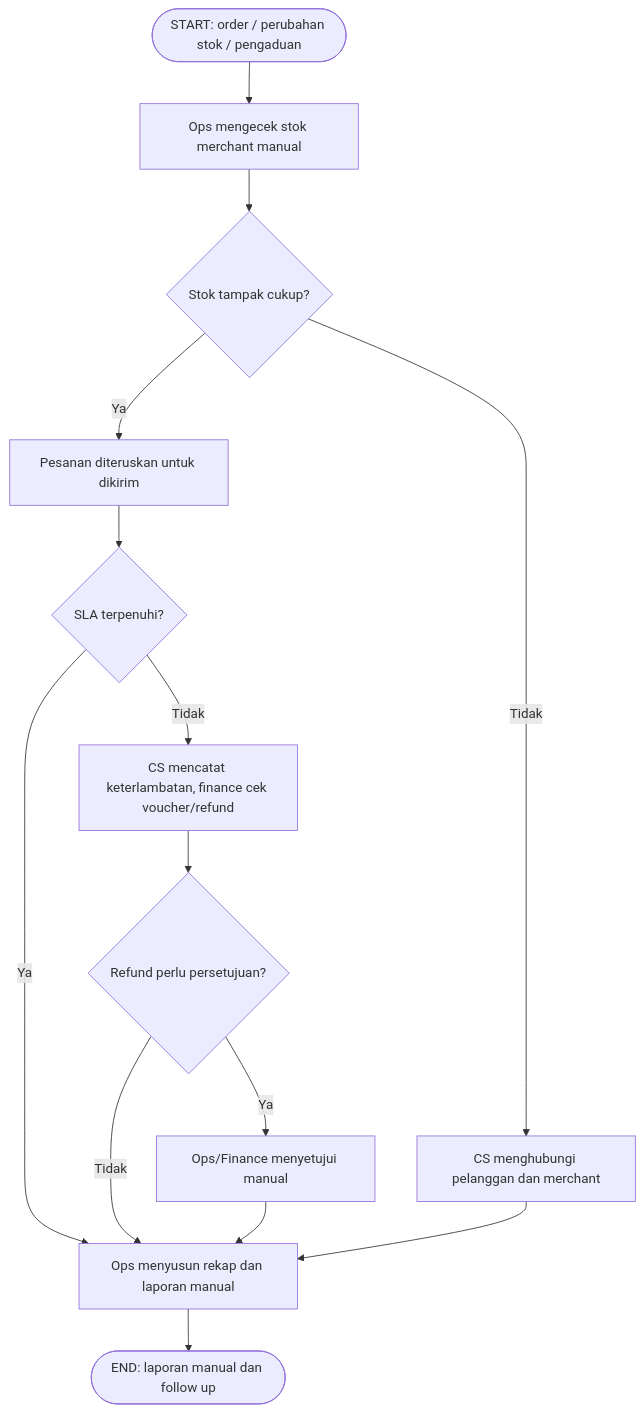
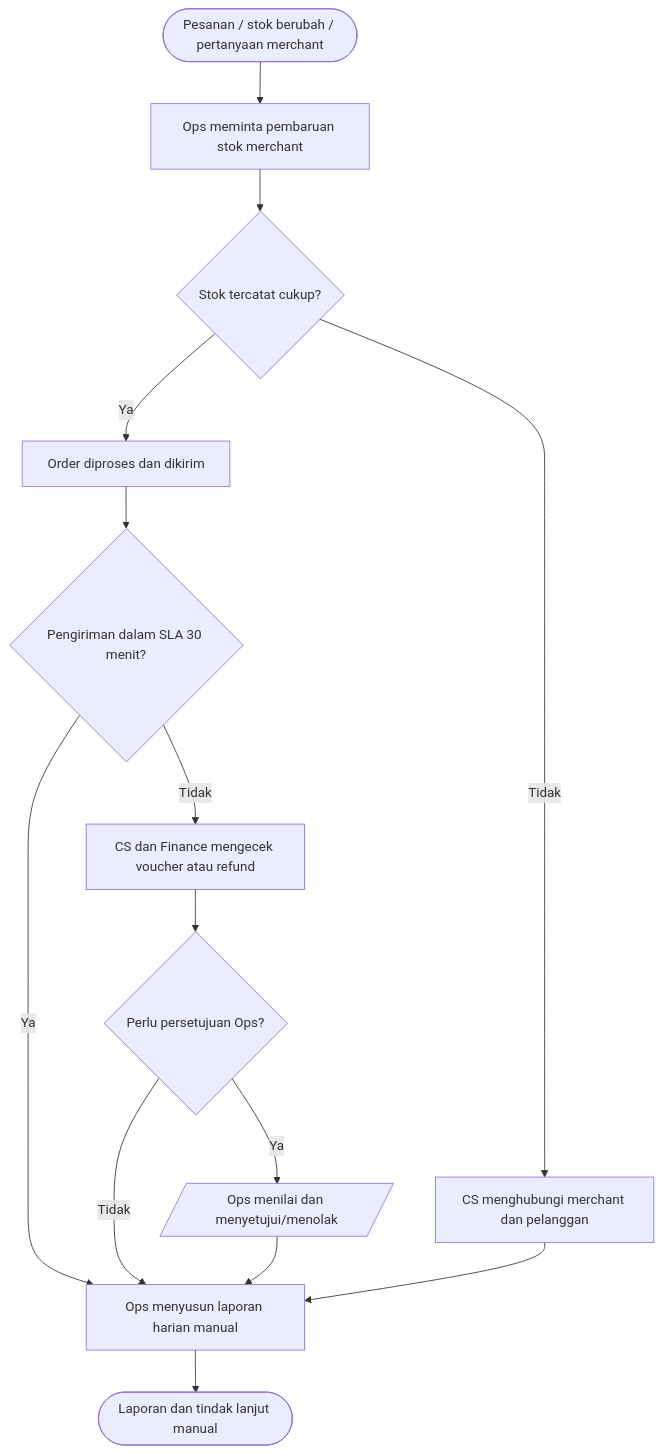
One commit to SyifaMutaalia/h8mart-ops changed the first of 2 diagrams in docs/01-brd-process-map.md. Above: the diagram before and after it, drawn with Mermaid. The commit also changed other lines of this file and 26 other files, not shown here.

````diff
--- a/docs/01-brd-process-map.md
+++ b/docs/01-brd-process-map.md
@@ -22,16 +27,16 @@
 ```mermaid
 flowchart TD
-    S([START: order / perubahan stok / pengaduan]) --> P1[Ops mengecek stok merchant manual]
-    P1 --> D1{Stok tampak cukup?}
-    D1 -- Ya --> P2[Pesanan diteruskan untuk dikirim]
-    D1 -- Tidak --> E1[CS menghubungi pelanggan dan merchant]
-    P2 --> D2{SLA terpenuhi?}
-    D2 -- Ya --> P3[Ops menyusun rekap dan laporan manual]
-    D2 -- Tidak --> E2[CS mencatat keterlambatan, finance cek voucher/refund]
-    E2 --> E3{Refund perlu persetujuan?}
-    E3 -- Ya --> H1[Ops/Finance menyetujui manual]
-    E3 -- Tidak --> P3
+    S([Pesanan / stok berubah / pertanyaan merchant]) --> P1[Ops meminta pembaruan stok merchant]
+    P1 --> D1{Stok tercatat cukup?}
+    D1 -- Ya --> P2[Order diproses dan dikirim]
+    D1 -- Tidak --> E1[CS menghubungi merchant dan pelanggan]
+    P2 --> D2{Pengiriman dalam SLA 30 menit?}
+    D2 -- Ya --> P3[Ops menyusun laporan harian manual]
+    D2 -- Tidak --> P4[CS dan Finance mengecek voucher atau refund]
+    P4 --> D3{Perlu persetujuan Ops?}
+    D3 -- Ya --> H1[/Ops menilai dan menyetujui/menolak/]
+    D3 -- Tidak --> P3
     H1 --> P3
     E1 --> P3
-    P3 --> F([END: laporan manual dan follow up])
+    P3 --> F([Laporan dan tindak lanjut manual])
 ```
````
